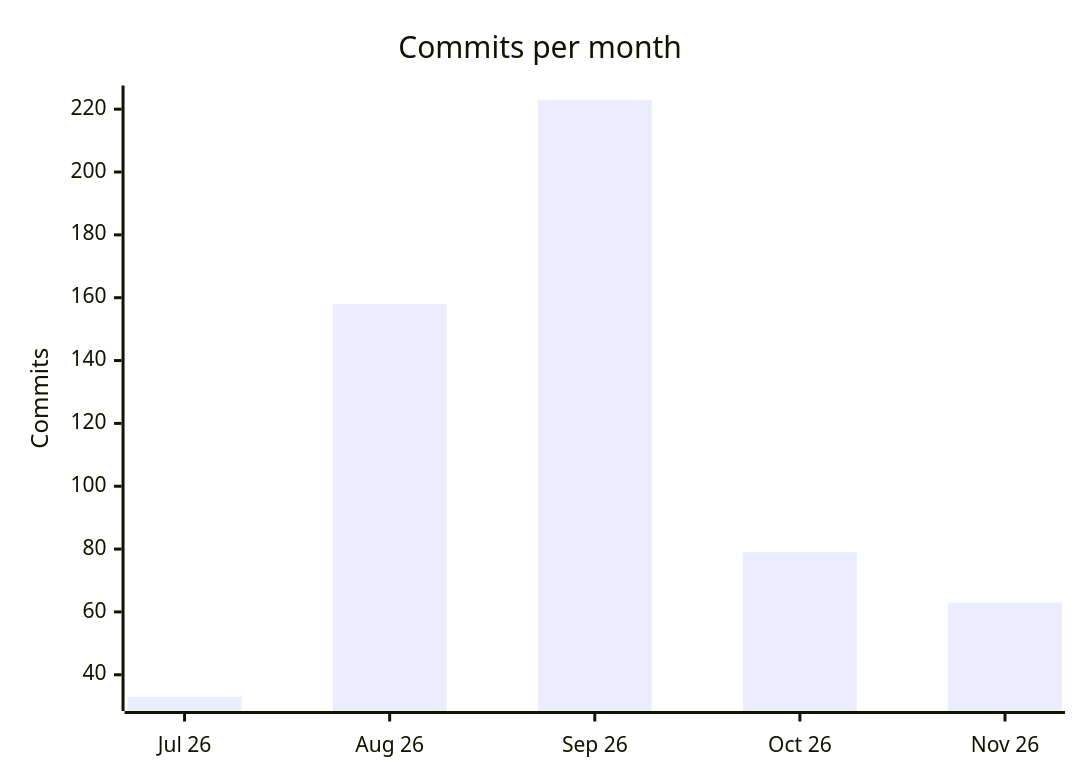
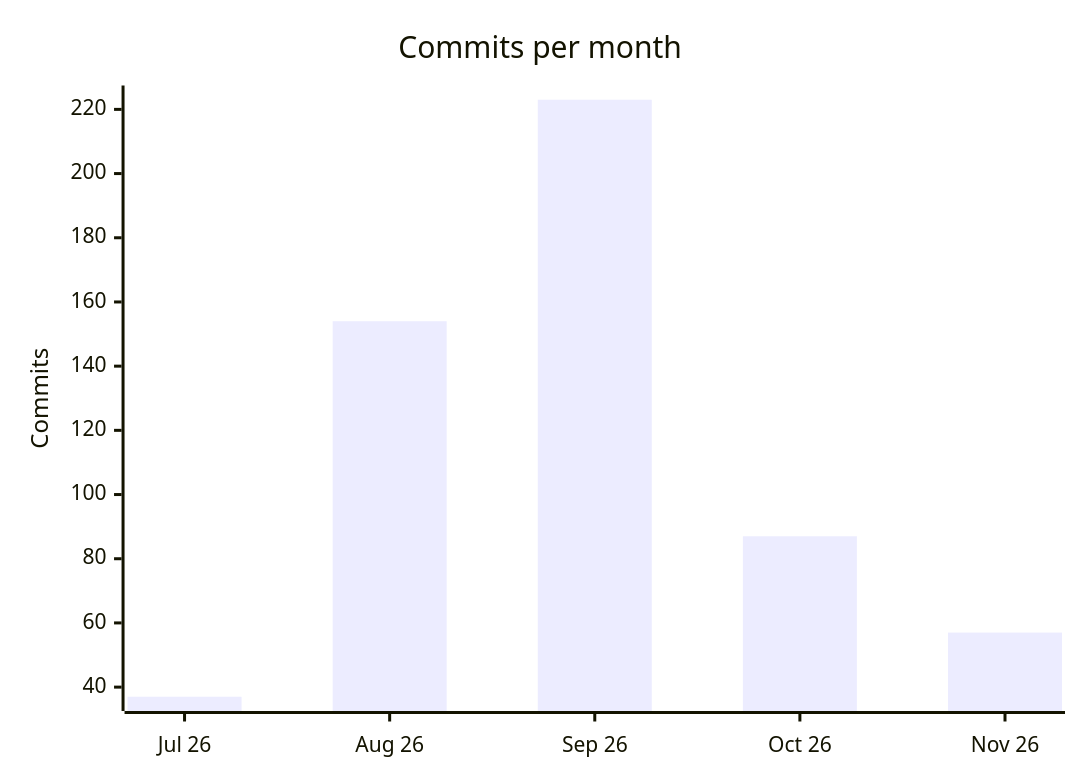
The first of 2 diagrams in profile/README.md (PSEMS-CO-FOE/.github), drawn with Mermaid before and after one commit. The commit also changed other lines of this file, not shown here.

````diff
--- a/profile/README.md
+++ b/profile/README.md
@@ -94,7 +94,7 @@
 ```mermaid
 xychart-beta
     title "Commits per month"
     x-axis ["Jul 26", "Aug 26", "Sep 26", "Oct 26", "Nov 26"]
     y-axis "Commits"
-    bar [33, 158, 223, 79, 63]
+    bar [37, 154, 223, 87, 57]
 ```
````
